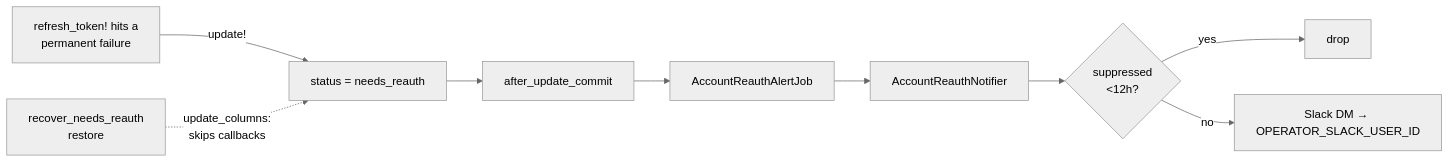
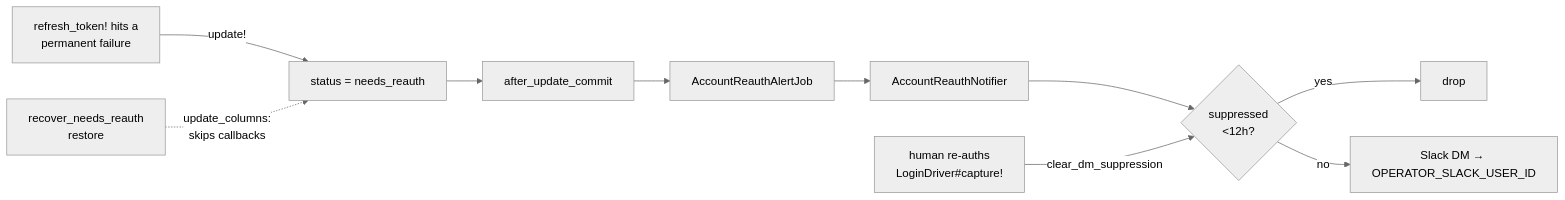
One commit to tadasant/zimmer changed the second of 4 diagrams in docs/src/content/docs/auth/harness.md. Above: the diagram before and after it, drawn with Mermaid (neutral theme). The commit also changed other lines of this file and 14 other files, not shown here.

````diff
--- a/docs/src/content/docs/auth/harness.md
+++ b/docs/src/content/docs/auth/harness.md
@@ -357,11 +365,12 @@
 ```mermaid
 flowchart LR
     R[refresh_token! hits a<br/>permanent failure] -->|update!| S[status = needs_reauth]
     S --> C[after_update_commit]
     C --> J[AccountReauthAlertJob]
     J --> N[AccountReauthNotifier]
     N --> D{suppressed<br/>&lt;12h?}
     D -->|yes| X[drop]
     D -->|no| DM[Slack DM → OPERATOR_SLACK_USER_ID]
     RC[recover_needs_reauth<br/>restore] -.->|update_columns:<br/>skips callbacks| S
+    H[human re-auths<br/>LoginDriver#capture!] -->|clear_dm_suppression| D
 ```
````
